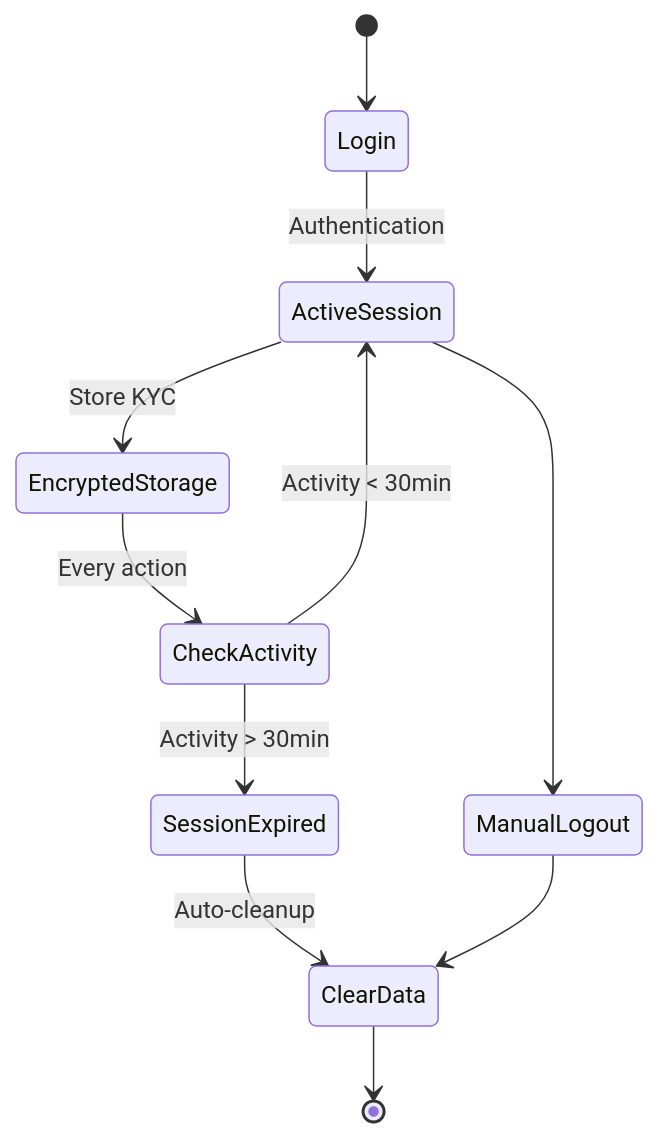
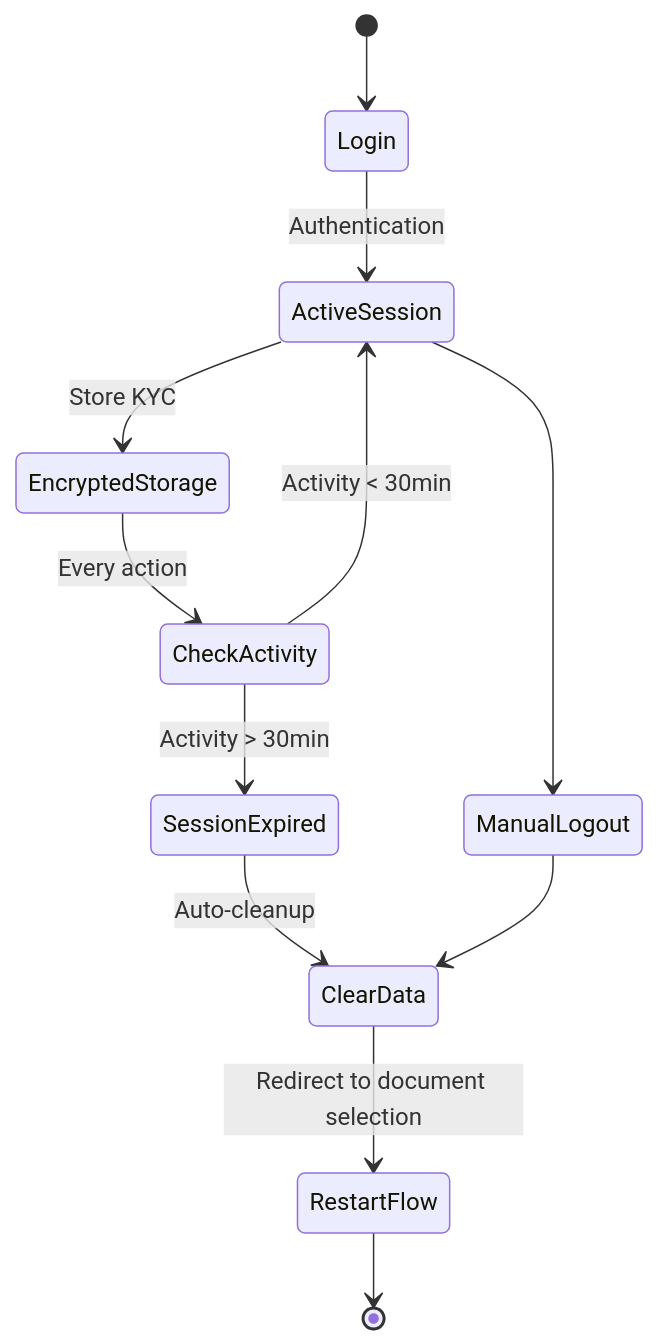
Before and after one commit to vibhasdutta/Eviblockv2.0: the seventh of 7 diagrams in README.md, drawn with Mermaid. The commit also changed other lines of this file and 16 other files, not shown here.

````diff
--- a/README.md
+++ b/README.md
@@ -258,13 +260,14 @@
 ```mermaid
 stateDiagram-v2
     [*] --> Login
     Login --> ActiveSession: Authentication
     ActiveSession --> EncryptedStorage: Store KYC
     EncryptedStorage --> CheckActivity: Every action
     CheckActivity --> ActiveSession: Activity < 30min
     CheckActivity --> SessionExpired: Activity > 30min
     SessionExpired --> ClearData: Auto-cleanup
-    ClearData --> [*]
+    ClearData --> RestartFlow: Redirect to document selection
+    RestartFlow --> [*]
     ActiveSession --> ManualLogout
     ManualLogout --> ClearData
 ```
````
